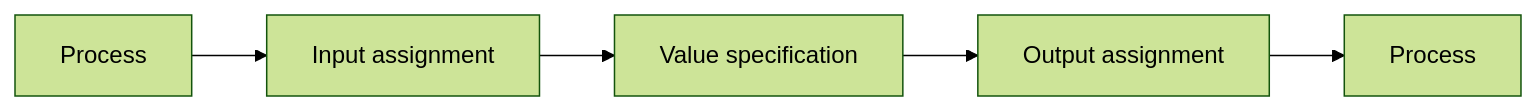
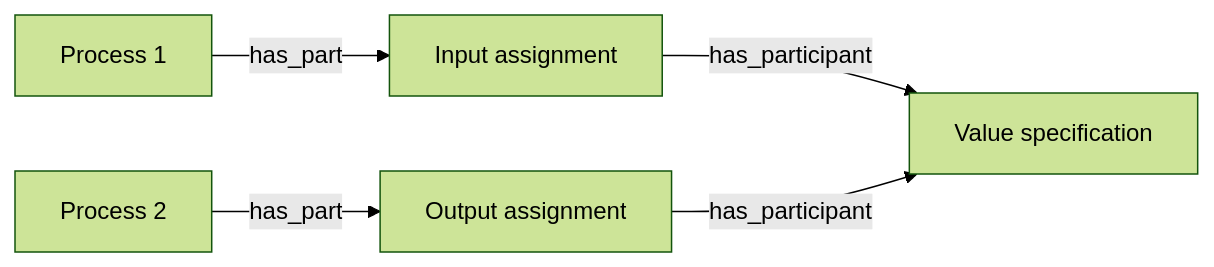
One commit to pyiron/semantikon changed the diagram in docs/specs.md. Above: the diagram before and after it, drawn with Mermaid (forest theme). The commit also changed other lines of this file, not shown here.

````diff
--- a/docs/specs.md
+++ b/docs/specs.md
@@ -41,4 +66,5 @@
 ```mermaid
 graph LR
-process_1[Process] --> ia[Input assignment] --> vs[Value specification] --> oa[Output assignment] --> process_2[Process]
+process_1[Process 1] -- has_part --> ia[Input assignment] -- has_participant --> vs[Value specification]
+process_2[Process 2] -- has_part --> oa[Output assignment] -- has_participant --> vs
 ```
````
